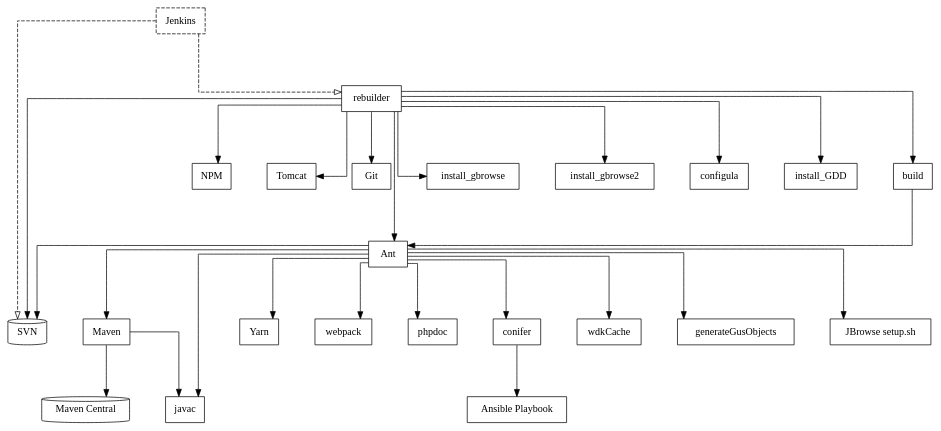
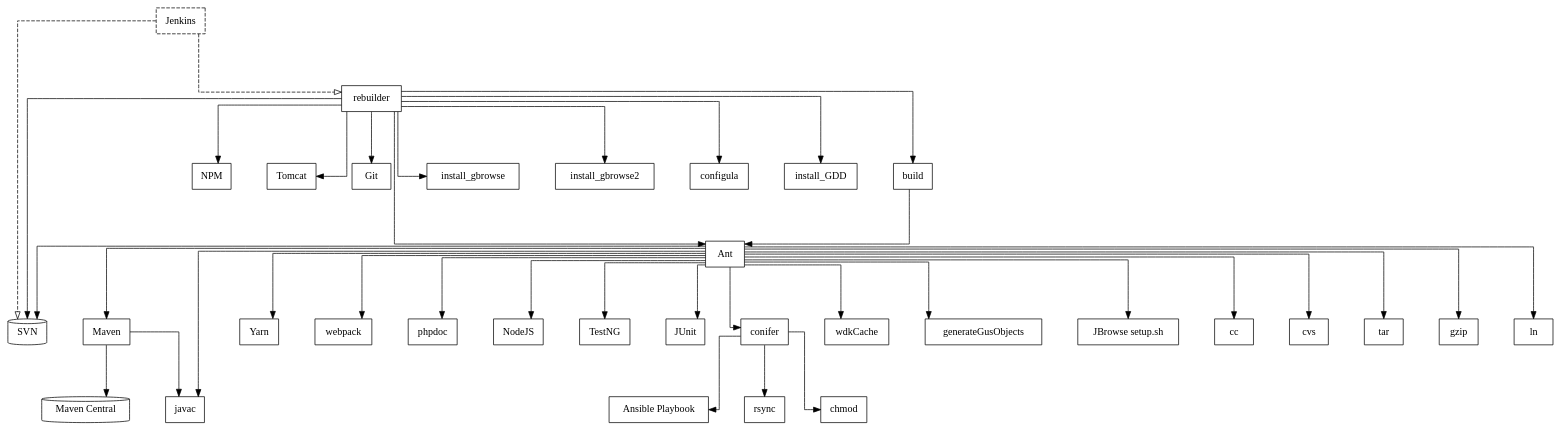
Before and after one commit to Foxcapades/EuPath-Build-Plan: the diagram in res/dot/old-build.dot, drawn with Graphviz. The commit also changed 1 other file, not shown here.

```diff
--- a/res/dot/old-build.dot
+++ b/res/dot/old-build.dot
@@ -1,123 +1,144 @@
 digraph {
   node[shape=rect]
   splines=ortho
   ranksep=1
   nodesep=0.7
 
   //
   // Components
   //
 
   // Systems
   jenkins[label=Jenkins,style=dashed]
   mCentral[label="Maven Central",shape=cylinder]
   svn[label=SVN,shape=cylinder]
 
   // Tools
   maven[label="Maven"]
   ant[label=Ant]
   javac[label=javac]
   yarn[label="Yarn"]
   npm[label=NPM]
   webpack
   phpdoc
   tCat[label=Tomcat]
   git[label=Git]
   anspl[label="Ansible Playbook"]
+  rsync
+  chmod
+  nde[label="NodeJS"]
+  tng[label="TestNG"]
+  junit[label="JUnit"]
+
 
   // Scripts
   igb[label=install_gbrowse]
   igb2[label=install_gbrowse2]
   conf[label=configula]
   reb[label=rebuilder]
   conifer[label=conifer]
   wdkCache
   ggo[label=generateGusObjects]
   jbsh[label="JBrowse setup.sh"]
   igdd[label=install_GDD]
   build
-  
+  cc
+  cvs
+  tar
+  gzip
+  ln
+
   //
   // Layout
   //
 
   // Grid
   {
     // C000
     // H001
     // H002
     // H003
     // H004
     // H005
     // H006
     // H007
     // H008
 
     // V001
     // V002
     // V003
     // V004
     // V005
     // { rank=same C000->H001->H002->H003->H004->H005->H006->H007->H008 }
     // { C000->V001->V002->V003->V004->V005 }
   }
 
   // Order Fixing
   {
     // edge[style=invis]
     // H1->H2->R
     // H1->V->D
     // H2->M
     // J->Y
   }
 
   //
   // Connections
   //
 
   // Jenkins
   jenkins->svn[style=dashed,arrowhead=empty]
   jenkins->reb[style=dashed,arrowhead=empty]
 
 
   // Rebuilder
   reb->git
   reb->tCat
   reb->svn
   reb->npm
   reb->ant
   reb->conf
   reb->igb
   reb->igb2
   reb->igdd
   reb->build
 
 
   // build / bld / build.pl
   build->ant
 
 
   // Ant
   ant->svn
   ant->maven
   ant->yarn
   ant->ggo
   ant->javac
   ant->conifer
   ant->wdkCache
   ant->webpack
   ant->phpdoc
   ant->jbsh
+  ant->cc
+  ant->cvs
+  ant->tar
+  ant->gzip
+  ant->nde
+  ant->tng
+  ant->junit
+  ant->ln
 
 
   // Conifer
   conifer->anspl
+  conifer->rsync
+  conifer->chmod
 
 
   // Maven
   maven->mCentral
   maven->javac
 
 
   // Yarn
 }
```
